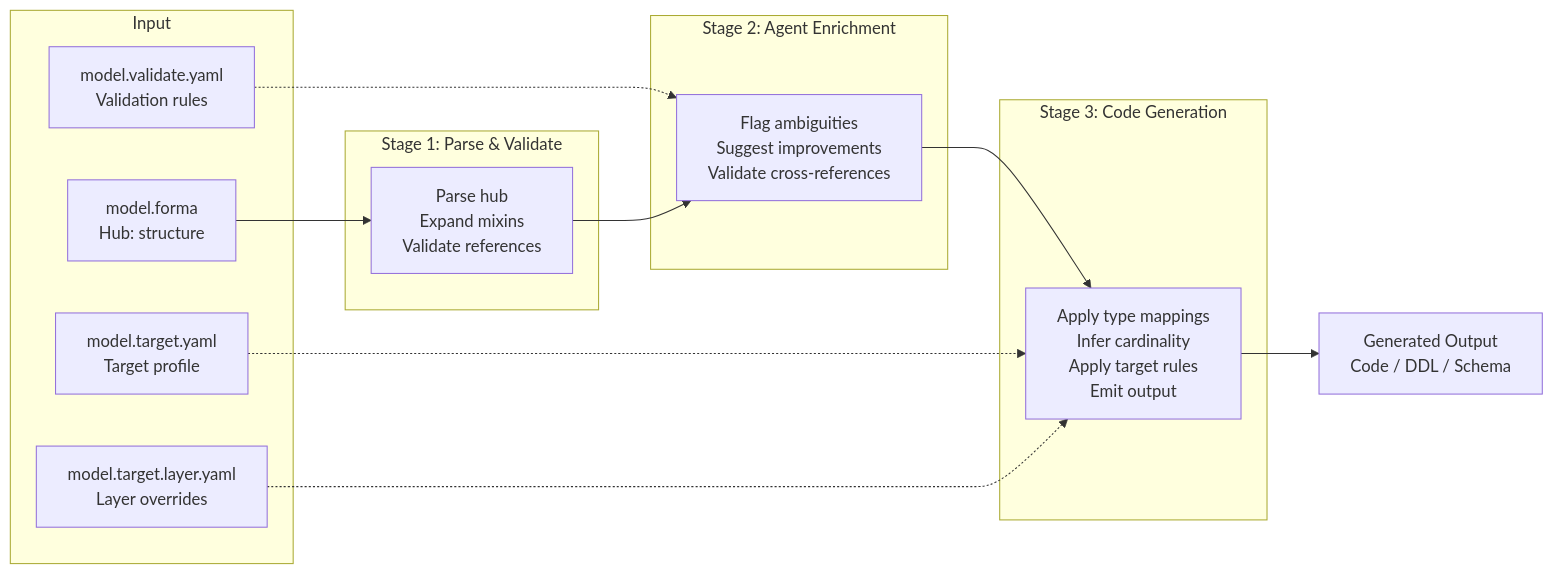
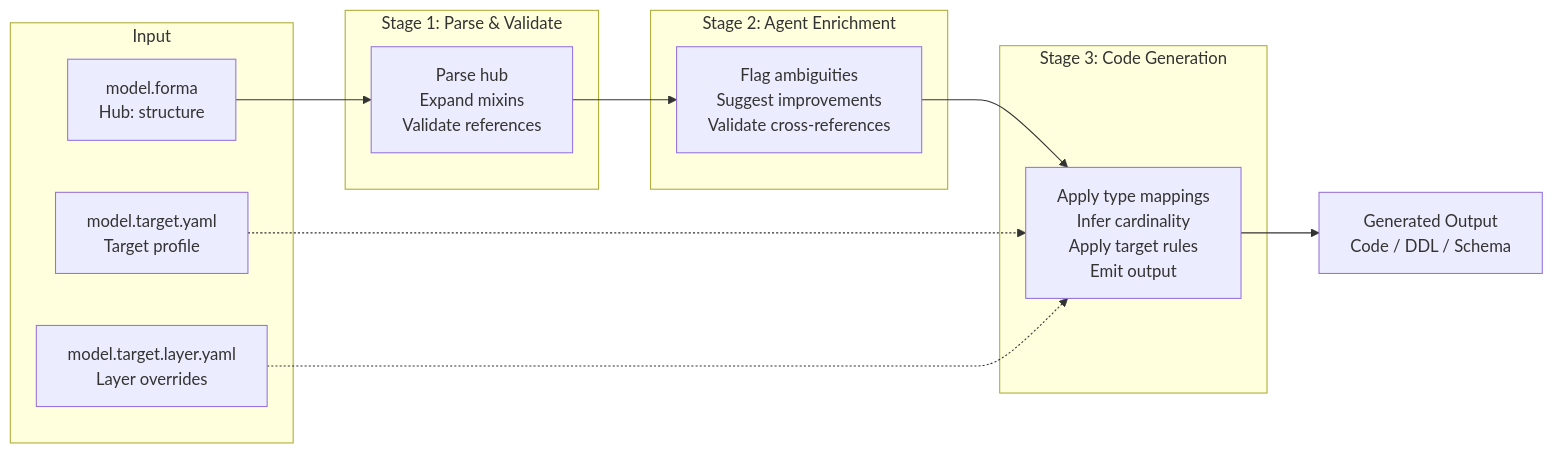
Before and after one commit to phansen314/forma: the diagram in spec/SPEC.md, drawn with Mermaid. The commit also changed other lines of this file and 6 other files, not shown here.

````diff
--- a/spec/SPEC.md
+++ b/spec/SPEC.md
@@ -517,31 +418,29 @@
 ```mermaid
 flowchart LR
     subgraph Input
         HUB[model.forma<br/>Hub: structure]
-        VAL[model.validate.yaml<br/>Validation rules]
         TGT[model.target.yaml<br/>Target profile]
         LYR[model.target.layer.yaml<br/>Layer overrides]
     end
 
     subgraph Stage1[Stage 1: Parse & Validate]
         S1[Parse hub<br/>Expand mixins<br/>Validate references]
     end
 
     subgraph Stage2[Stage 2: Agent Enrichment]
         S2[Flag ambiguities<br/>Suggest improvements<br/>Validate cross-references]
     end
 
     subgraph Stage3[Stage 3: Code Generation]
         S3[Apply type mappings<br/>Infer cardinality<br/>Apply target rules<br/>Emit output]
     end
 
     OUT[Generated Output<br/>Code / DDL / Schema]
 
     HUB --> S1
-    VAL -.-> S2
     S1 --> S2
     S2 --> S3
     TGT -.-> S3
     LYR -.-> S3
     S3 --> OUT
 ```
````
